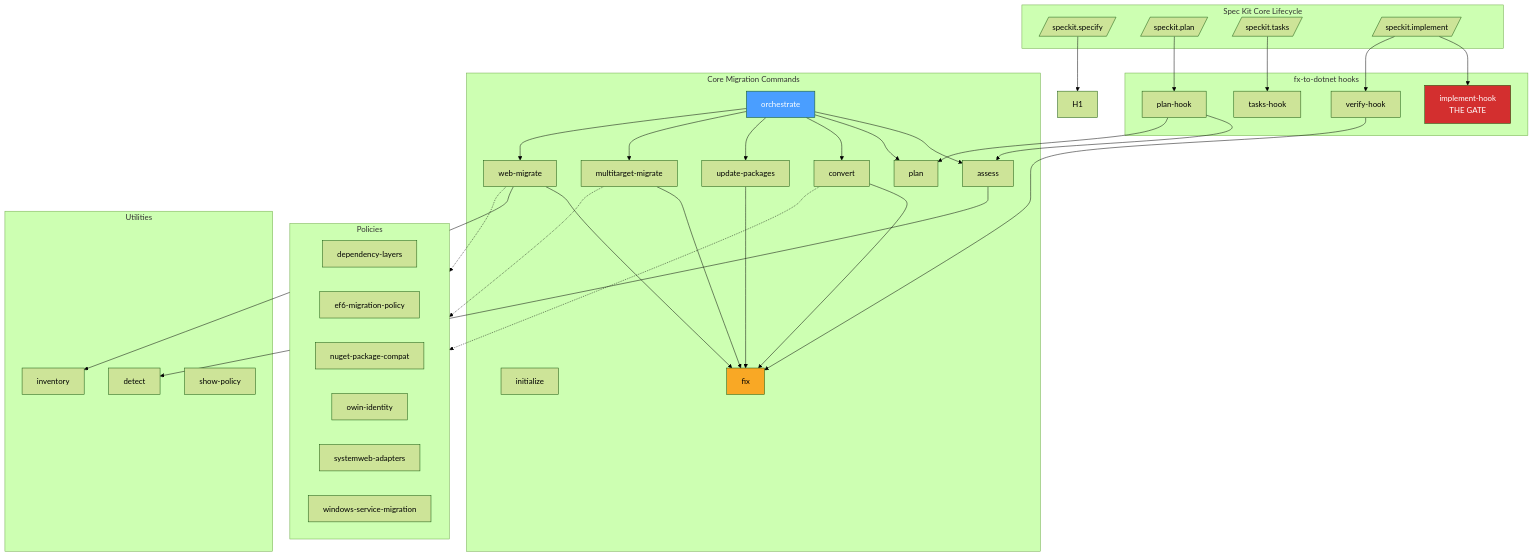
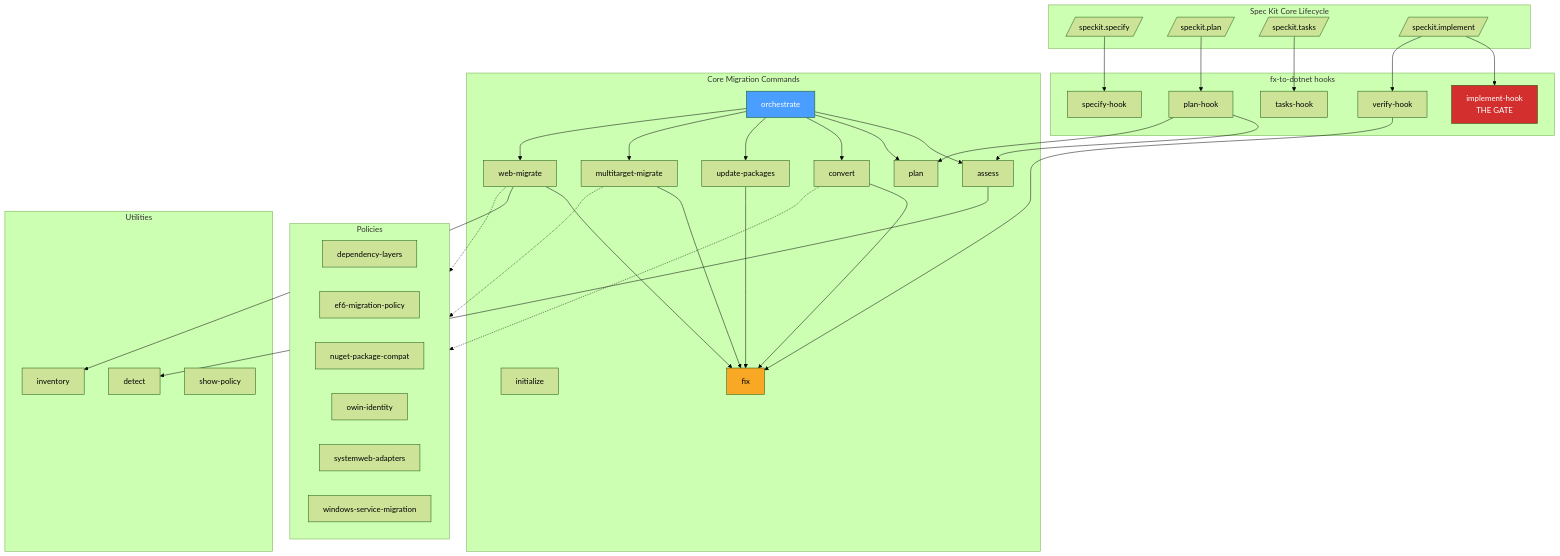
The first of 6 diagrams in fx-to-dotnet/README.md (RogerBestMsft/spec-kit-FxToNet), drawn with Mermaid (forest theme) before and after one commit. The commit also changed other lines of this file and 20 other files, not shown here.

````diff
--- a/fx-to-dotnet/README.md
+++ b/fx-to-dotnet/README.md
@@ -13,75 +13,76 @@
 ```mermaid
 graph TB
     subgraph SpecKit[Spec Kit Core Lifecycle]
         S[/speckit.specify/]
         P[/speckit.plan/]
         T[/speckit.tasks/]
         I[/speckit.implement/]
     end
 
     subgraph Hooks[fx-to-dotnet hooks]
+        H1[specify-hook]
         H2[plan-hook]
         H3[tasks-hook]
         H4[implement-hook<br/>THE GATE]
         H5[verify-hook]
     end
 
     subgraph Core[Core Migration Commands]
         Orch[orchestrate]
         Init[initialize]
         Assess[assess]
         Plan[plan]
         Convert[convert]
         UpdPkg[update-packages]
         Multi[multitarget-migrate]
         Web[web-migrate]
         Fix[fix]
     end
 
     subgraph Util[Utilities]
         Detect[detect]
         Inv[inventory]
         Show[show-policy]
     end
 
     subgraph Pol[Policies]
         DL[dependency-layers]
         EF6[ef6-migration-policy]
         NPC[nuget-package-compat]
         OWIN[owin-identity]
         SWA[systemweb-adapters]
         WSM[windows-service-migration]
     end
 
     S --> H1
     P --> H2
     T --> H3
     I --> H4
     I --> H5
 
     H2 --> Assess
     H2 --> Plan
     H5 --> Fix
 
     Orch --> Assess
     Orch --> Plan
     Orch --> Convert
     Orch --> UpdPkg
     Orch --> Multi
     Orch --> Web
 
     Convert --> Fix
     UpdPkg --> Fix
     Multi --> Fix
     Web --> Fix
     Web --> Inv
     Assess --> Detect
 
     Convert -.-> Pol
     Multi -.-> Pol
     Web -.-> Pol
 
     style H4 fill:#d32f2f,color:#fff
     style Fix fill:#f9a825
     style Orch fill:#4a9eff,color:#fff
 ```
````
